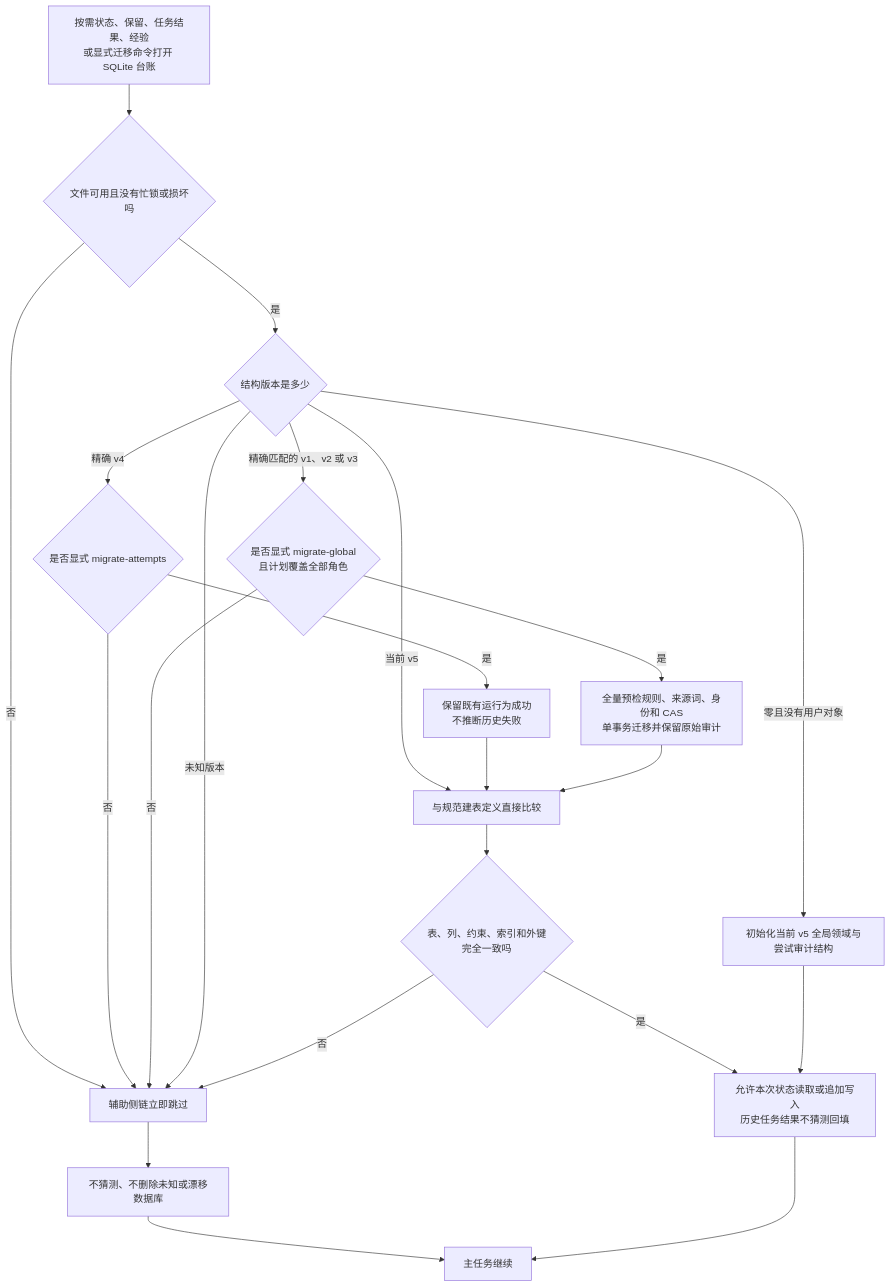
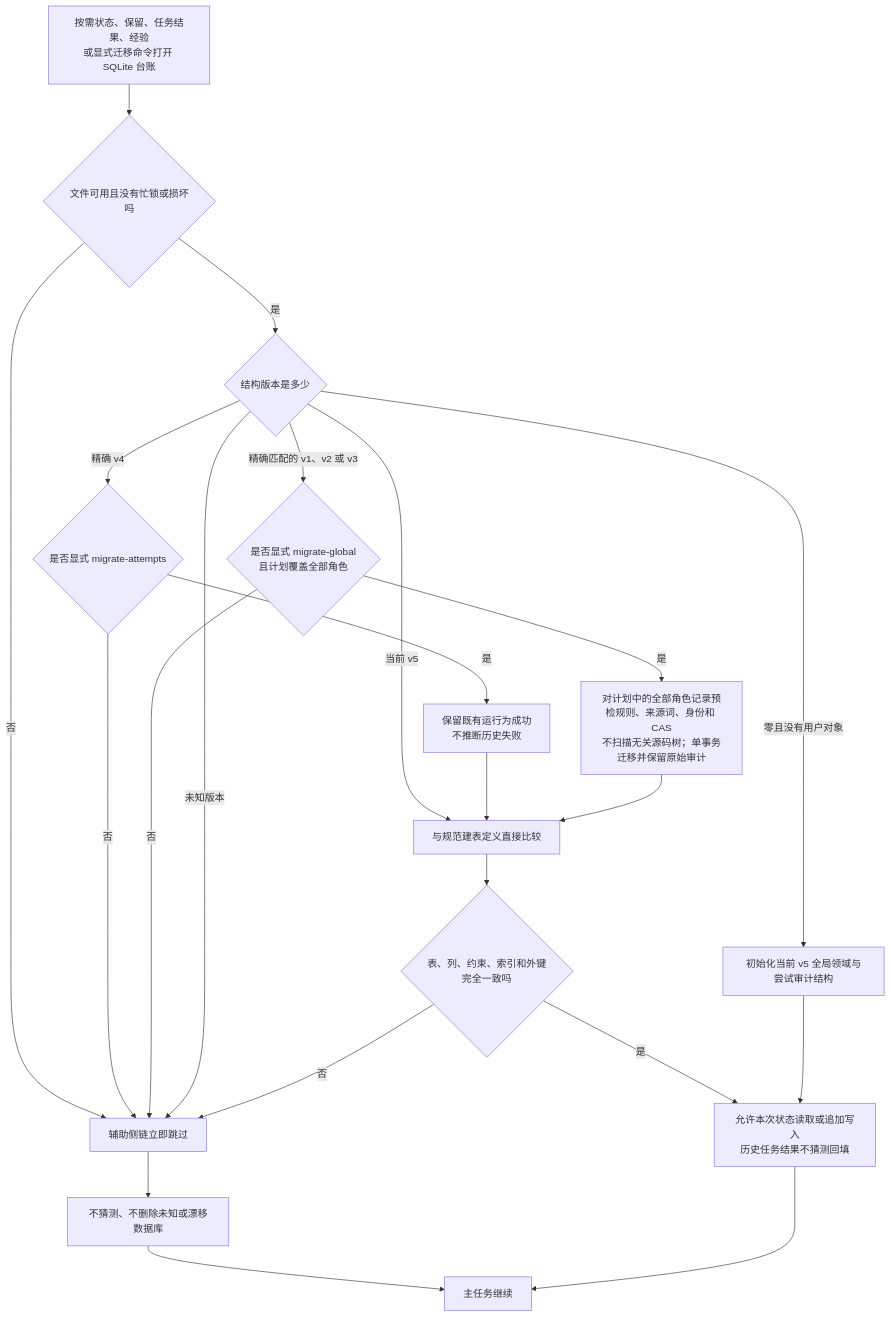
Diagram 11 of 13 in skills/lean-stack/references/flowcharts-zh.md (Lang45/codex-lean-stack), drawn with Mermaid before and after one commit. The commit also changed other lines of this file and 13 other files, not shown here.

````diff
--- a/skills/lean-stack/references/flowcharts-zh.md
+++ b/skills/lean-stack/references/flowcharts-zh.md
@@ -605,24 +628,24 @@
 ```mermaid
 flowchart TD
     A[按需状态、保留、任务结果、经验<br/>或显式迁移命令打开 SQLite 台账] --> B{文件可用且没有忙锁或损坏吗}
     B -->|否| C[辅助侧链立即跳过]
     B -->|是| D{结构版本是多少}
     D -->|零且没有用户对象| E[初始化当前 v5 全局领域与尝试审计结构]
     D -->|当前 v5| F[与规范建表定义直接比较]
     D -->|精确 v4| V4{是否显式 migrate-attempts}
     V4 -->|否| C
     V4 -->|是| V5[保留既有运行为成功<br/>不推断历史失败]
     V5 --> F
     D -->|精确匹配的 v1、v2 或 v3| G{是否显式 migrate-global<br/>且计划覆盖全部角色}
     G -->|否| C
-    G -->|是| G2[全量预检规则、来源词、身份和 CAS<br/>单事务迁移并保留原始审计]
+    G -->|是| G2[对计划中的全部角色记录预检规则、来源词、身份和 CAS<br/>不扫描无关源码树；单事务迁移并保留原始审计]
     G2 --> F
     D -->|未知版本| C
     F --> H{表、列、约束、索引和外键完全一致吗}
     H -->|是| I[允许本次状态读取或追加写入<br/>历史任务结果不猜测回填]
     H -->|否| C
     C --> J[不猜测、不删除未知或漂移数据库]
     J --> K[主任务继续]
     E --> I
     I --> K
 ```
````
